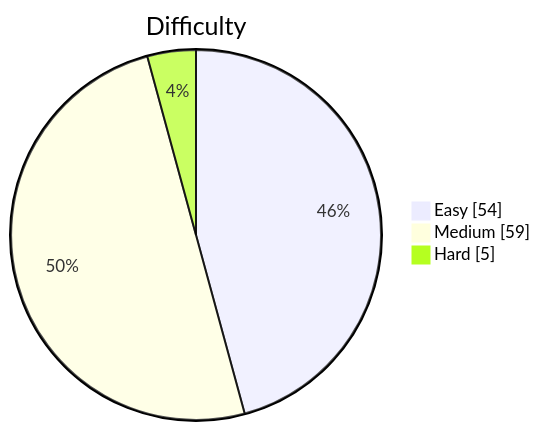
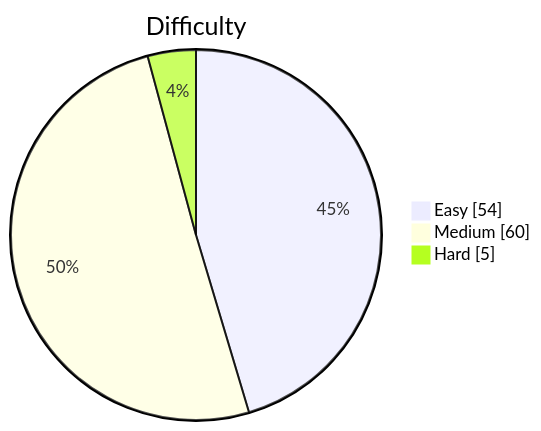
One commit to kevstevie/python-algo-practice changed the diagram in README.md. Above: the diagram before and after it, drawn with Mermaid. The commit also changed other lines of this file, not shown here.

````diff
--- a/README.md
+++ b/README.md
@@ -13,7 +13,7 @@
 ```mermaid
 pie showData
     title Difficulty
     "Easy"   : 54
-    "Medium" : 59
+    "Medium" : 60
     "Hard"   : 5
 ```
````
